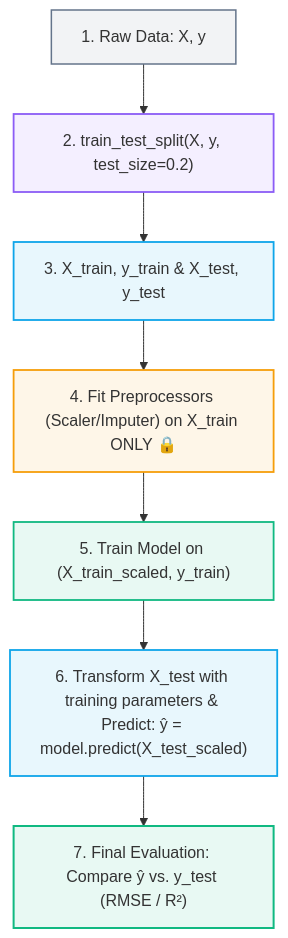
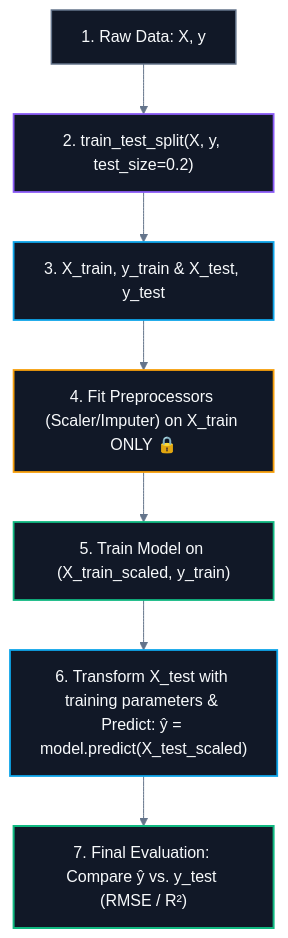
One commit to abhinavbharti2345/CS_Notes changed the fourth of 4 diagrams in CS/AI & ML/01. Classical ML/04. Train-Test Split and Generalization.md. Above: the diagram before and after it, drawn with Mermaid. The commit also changed other lines of this file and 195 other files, not shown here.

````diff
--- a/CS/AI & ML/01. Classical ML/04. Train-Test Split and Generalization.md
+++ b/CS/AI & ML/01. Classical ML/04. Train-Test Split and Generalization.md
@@ -196,30 +199,31 @@
 ```mermaid
+%%{init: {'theme': 'base', 'themeVariables': { 'darkMode': true, 'background': '#0B0F14', 'mainBkg': '#111827', 'primaryColor': '#111827', 'primaryTextColor': '#F8FAFC', 'primaryBorderColor': '#38BDF8', 'lineColor': '#64748B', 'secondaryColor': '#0B0F14', 'tertiaryColor': '#0B0F14', 'clusterBkg': '#0B0F14', 'clusterBorder': '#38BDF8' }}}%%
 flowchart TD
     Step1["1. Raw Data: X, y"] --> Step2["2. train_test_split(X, y, test_size=0.2)"]
     
     Step2 --> Step3["3. X_train, y_train & X_test, y_test"]
     
     Step3 --> Step4["4. Fit Preprocessors (Scaler/Imputer) on X_train ONLY 🔒"]
     
     Step4 --> Step5["5. Train Model on (X_train_scaled, y_train)"]
     
     Step5 --> Step6["6. Transform X_test with training parameters & Predict: ŷ = model.predict(X_test_scaled)"]
     
     Step6 --> Step7["7. Final Evaluation: Compare ŷ vs. y_test (RMSE / R²)"]
 
-    classDef s1 fill:#64748b15,stroke:#64748b,stroke-width:1.5px;
-    classDef s2 fill:#8b5cf618,stroke:#8b5cf6,stroke-width:1.8px;
-    classDef s3 fill:#0ea5e918,stroke:#0ea5e9,stroke-width:1.8px;
-    classDef s4 fill:#f59e0b18,stroke:#f59e0b,stroke-width:1.8px;
-    classDef s5 fill:#10b98118,stroke:#10b981,stroke-width:1.8px;
-    classDef s6 fill:#0ea5e918,stroke:#0ea5e9,stroke-width:1.8px;
-    classDef s7 fill:#10b98118,stroke:#10b981,stroke-width:2px;
+    classDef s1 fill:#111827,stroke:#64748b,stroke-width:1.5px,color:#F8FAFC;
+    classDef s2 fill:#111827,stroke:#8b5cf6,stroke-width:1.8px,color:#F8FAFC;
+    classDef s3 fill:#111827,stroke:#0ea5e9,stroke-width:1.8px,color:#F8FAFC;
+    classDef s4 fill:#111827,stroke:#f59e0b,stroke-width:1.8px,color:#F8FAFC;
+    classDef s5 fill:#111827,stroke:#10b981,stroke-width:1.8px,color:#F8FAFC;
+    classDef s6 fill:#111827,stroke:#0ea5e9,stroke-width:1.8px,color:#F8FAFC;
+    classDef s7 fill:#111827,stroke:#10b981,stroke-width:2px,color:#F8FAFC;
 
     class Step1 s1;
     class Step2 s2;
     class Step3 s3;
     class Step4 s4;
     class Step5 s5;
     class Step6 s6;
     class Step7 s7;
 ```
````
